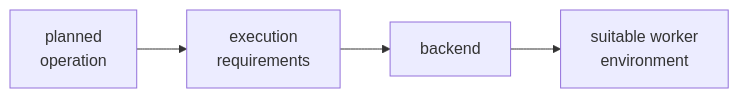
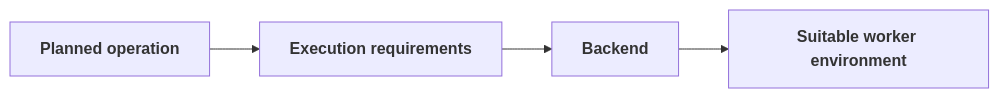
The fourth of 5 diagrams in docs/execution/environments.md (FAST-HEP/fasthep-flow), drawn with Mermaid before and after one commit. The commit also changed other lines of this file and 7 other files, not shown here.

````diff
--- a/docs/execution/environments.md
+++ b/docs/execution/environments.md
@@ -284,9 +288,9 @@
 ```{mermaid}
 flowchart LR
-    Operation["planned<br/>operation"]
-    Requirements["execution<br/>requirements"]
-    Backend["backend"]
-    Worker["suitable worker<br/>environment"]
+    Operation["<b>Planned operation</b>"]:::plan
+    Requirements["<b>Execution requirements</b>"]:::capability
+    Backend["<b>Backend</b>"]:::capability
+    Worker["<b>Suitable worker environment</b>"]:::runtime
 
     Operation --> Requirements --> Backend --> Worker
 ```
````
